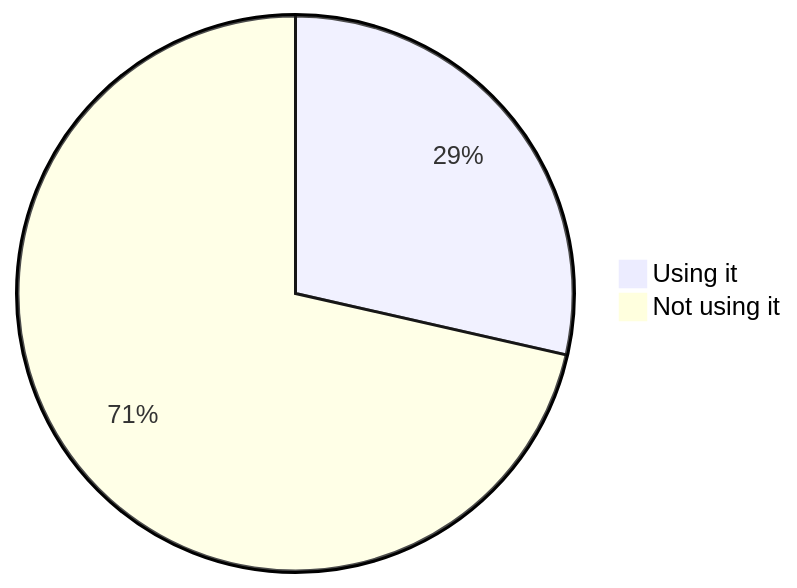
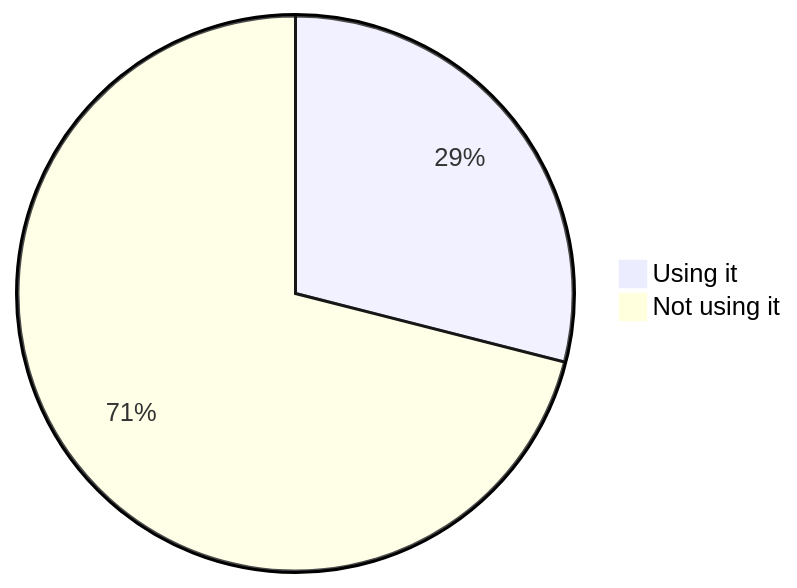
Before and after one commit to oshp/oshp-stats: diagram 14 of 22 in stats.md, drawn with Mermaid. The commit also changed other lines of this file, not shown here.

````diff
--- a/stats.md
+++ b/stats.md
@@ -166,6 +166,6 @@
 ```mermaid
 pie
-	"Using it" : 28.55
-	"Not using it" : 71.45
+	"Using it" : 28.97
+	"Not using it" : 71.03
 
 ```
````
